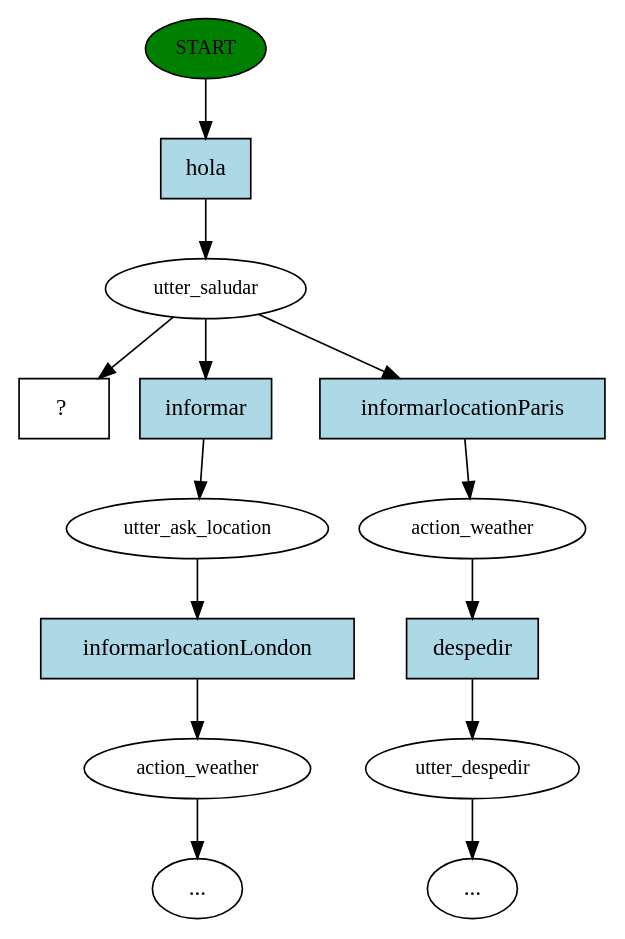
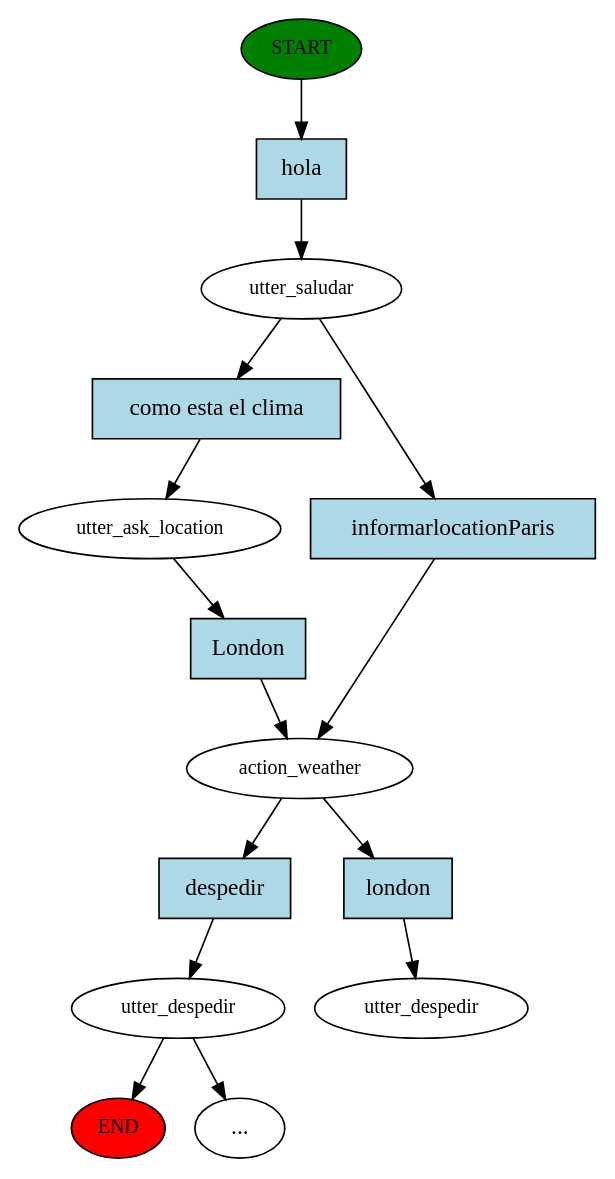
The diagram in chatbot/story_graph.dot (menoguerar/Proyecto-Sistemas-Inteligentes), drawn with Graphviz before and after one commit. The commit also changed 7 other files, not shown here.

```diff
--- a/chatbot/story_graph.dot
+++ b/chatbot/story_graph.dot
@@ -1,29 +1,30 @@
 digraph  {
 0 [class="start active", fillcolor=green, fontsize=12, label=START, style=filled];
+"-1" [class=end, fillcolor=red, fontsize=12, label=END, style=filled];
 1 [class=active, fontsize=12, label=utter_saludar];
-2 [class="", fontsize=12, label=utter_ask_location];
-3 [class="", fontsize=12, label=action_weather];
+2 [class=active, fontsize=12, label=utter_ask_location];
+3 [class=active, fontsize=12, label=action_weather];
+4 [class="", fontsize=12, label=utter_despedir];
 "-3" [class=ellipsis, label="..."];
-5 [class="", fontsize=12, label=action_weather];
-6 [class="", fontsize=12, label=utter_despedir];
-"-4" [class=ellipsis, label="..."];
-8 [class="intent dashed active", label="  ?  ", shape=rect];
-9 [class="intent active", fillcolor=lightblue, label=hola, shape=rect, style=filled];
-10 [class=intent, fillcolor=lightblue, label=informar, shape=rect, style=filled];
-11 [class=intent, fillcolor=lightblue, label=informarlocationParis, shape=rect, style=filled];
-12 [class=intent, fillcolor=lightblue, label=informarlocationLondon, shape=rect, style=filled];
-13 [class=intent, fillcolor=lightblue, label=despedir, shape=rect, style=filled];
-0 -> 9  [class=active, key=0];
-1 -> 8  [class=active, key=NONE, label=""];
-1 -> 10  [class="", key=0];
-1 -> 11  [class="", key=0];
-2 -> 12  [class="", key=0];
-3 -> "-3"  [class="", key=NONE, label=""];
-5 -> 13  [class="", key=0];
-6 -> "-4"  [class="", key=NONE, label=""];
-9 -> 1  [class=active, key=0];
-10 -> 2  [class="", key=0];
-11 -> 5  [class="", key=0];
-12 -> 3  [class="", key=0];
-13 -> 6  [class="", key=0];
+11 [class="dashed active", fontsize=12, label=utter_despedir];
+12 [class="intent active", fillcolor=lightblue, label=hola, shape=rect, style=filled];
+13 [class="intent active", fillcolor=lightblue, label="como esta el clima", shape=rect, style=filled];
+14 [class=intent, fillcolor=lightblue, label=informarlocationParis, shape=rect, style=filled];
+15 [class="intent active", fillcolor=lightblue, label=London, shape=rect, style=filled];
+16 [class=intent, fillcolor=lightblue, label=despedir, shape=rect, style=filled];
+17 [class="intent active", fillcolor=lightblue, label=london, shape=rect, style=filled];
+0 -> 12  [class=active, key=0];
+1 -> 13  [class=active, key=0];
+1 -> 14  [class="", key=0];
+2 -> 15  [class=active, key=0];
+3 -> 16  [class="", key=0];
+3 -> 17  [class=active, key=0];
+4 -> "-1"  [class="", key=NONE, label=""];
+4 -> "-3"  [class="", key=NONE, label=""];
+12 -> 1  [class=active, key=0];
+13 -> 2  [class=active, key=0];
+14 -> 3  [class="", key=0];
+15 -> 3  [class=active, key=0];
+16 -> 4  [class="", key=0];
+17 -> 11  [class=active, key=0];
 }
```
